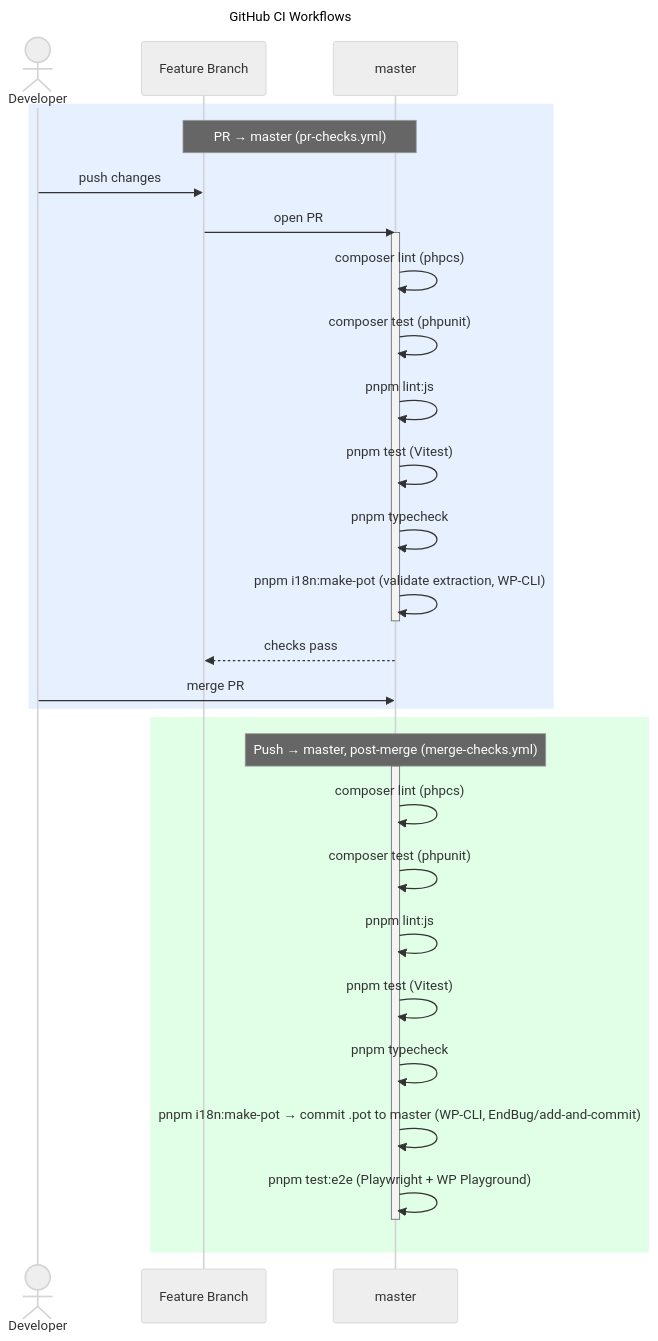
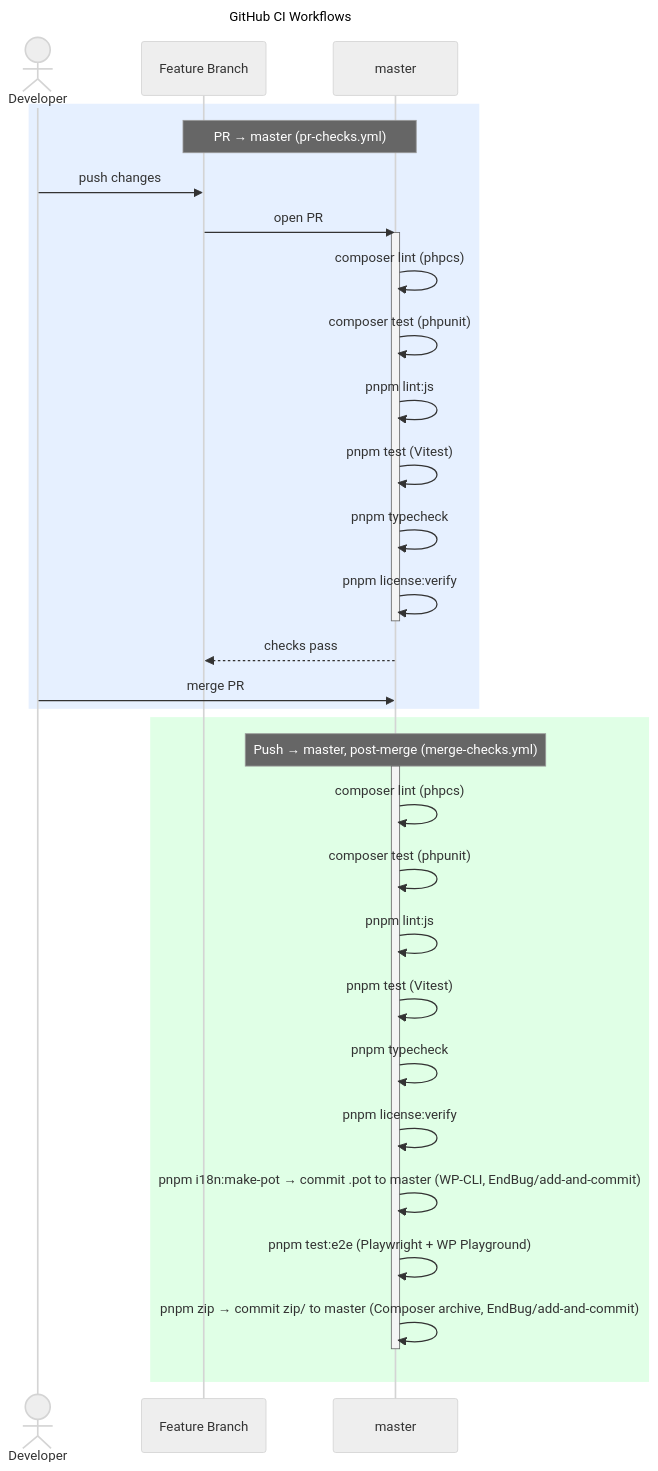
The diagram in docs/contracts/ci-workflow.mmd (erdembircan/battery-surf-bench), drawn with Mermaid (neutral theme) before and after one commit. The commit also changed 4 other files, not shown here.

```diff
--- a/docs/contracts/ci-workflow.mmd
+++ b/docs/contracts/ci-workflow.mmd
@@ -1,36 +1,38 @@
 ---
 title: GitHub CI Workflows
 ---
 sequenceDiagram
     actor Dev as Developer
     participant FB as Feature Branch
     participant M as master
 
     rect rgb(230, 240, 255)
         Note over FB,M: PR → master (pr-checks.yml)
         Dev->>FB: push changes
         FB->>M: open PR
         activate M
         M->>M: composer lint (phpcs)
         M->>M: composer test (phpunit)
         M->>M: pnpm lint:js
         M->>M: pnpm test (Vitest)
         M->>M: pnpm typecheck
-        M->>M: pnpm i18n:make-pot (validate extraction, WP-CLI)
+        M->>M: pnpm license:verify
         deactivate M
         M-->>FB: checks pass
         Dev->>M: merge PR
     end
 
     rect rgb(224, 255, 230)
         Note over M: Push → master, post-merge (merge-checks.yml)
         activate M
         M->>M: composer lint (phpcs)
         M->>M: composer test (phpunit)
         M->>M: pnpm lint:js
         M->>M: pnpm test (Vitest)
         M->>M: pnpm typecheck
+        M->>M: pnpm license:verify
         M->>M: pnpm i18n:make-pot → commit .pot to master (WP-CLI, EndBug/add-and-commit)
         M->>M: pnpm test:e2e (Playwright + WP Playground)
+        M->>M: pnpm zip → commit zip/ to master (Composer archive, EndBug/add-and-commit)
         deactivate M
     end
```
